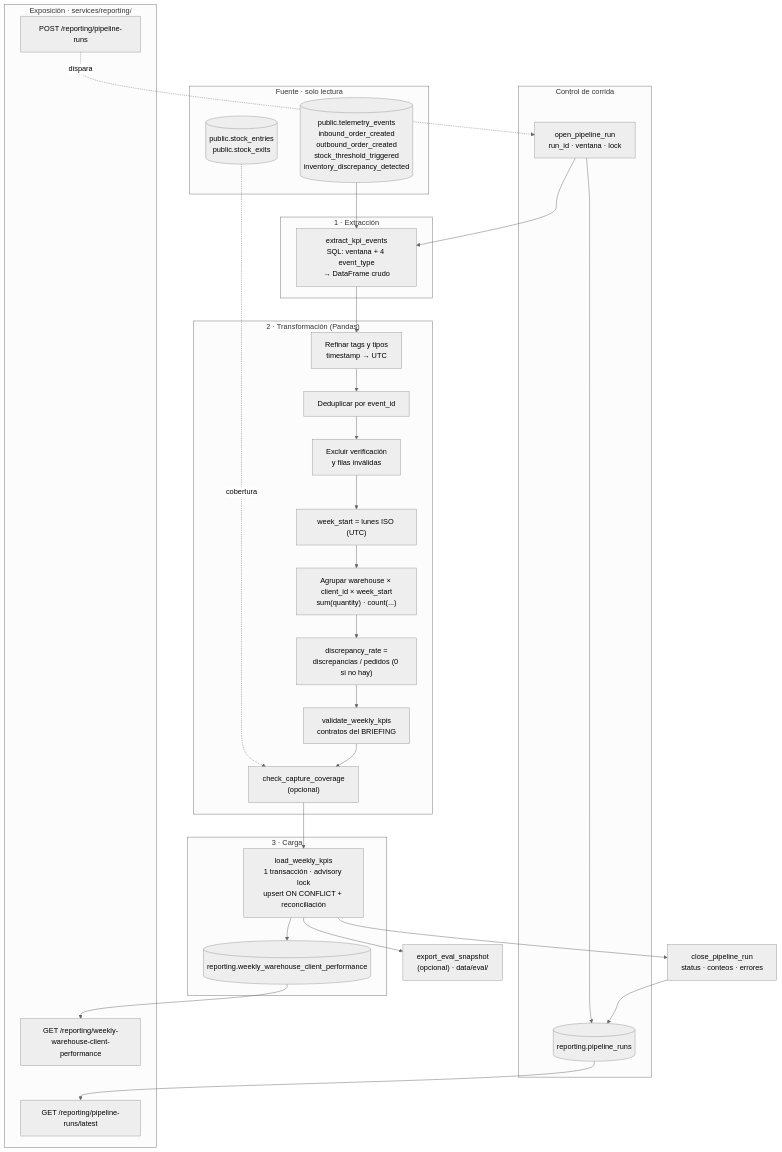
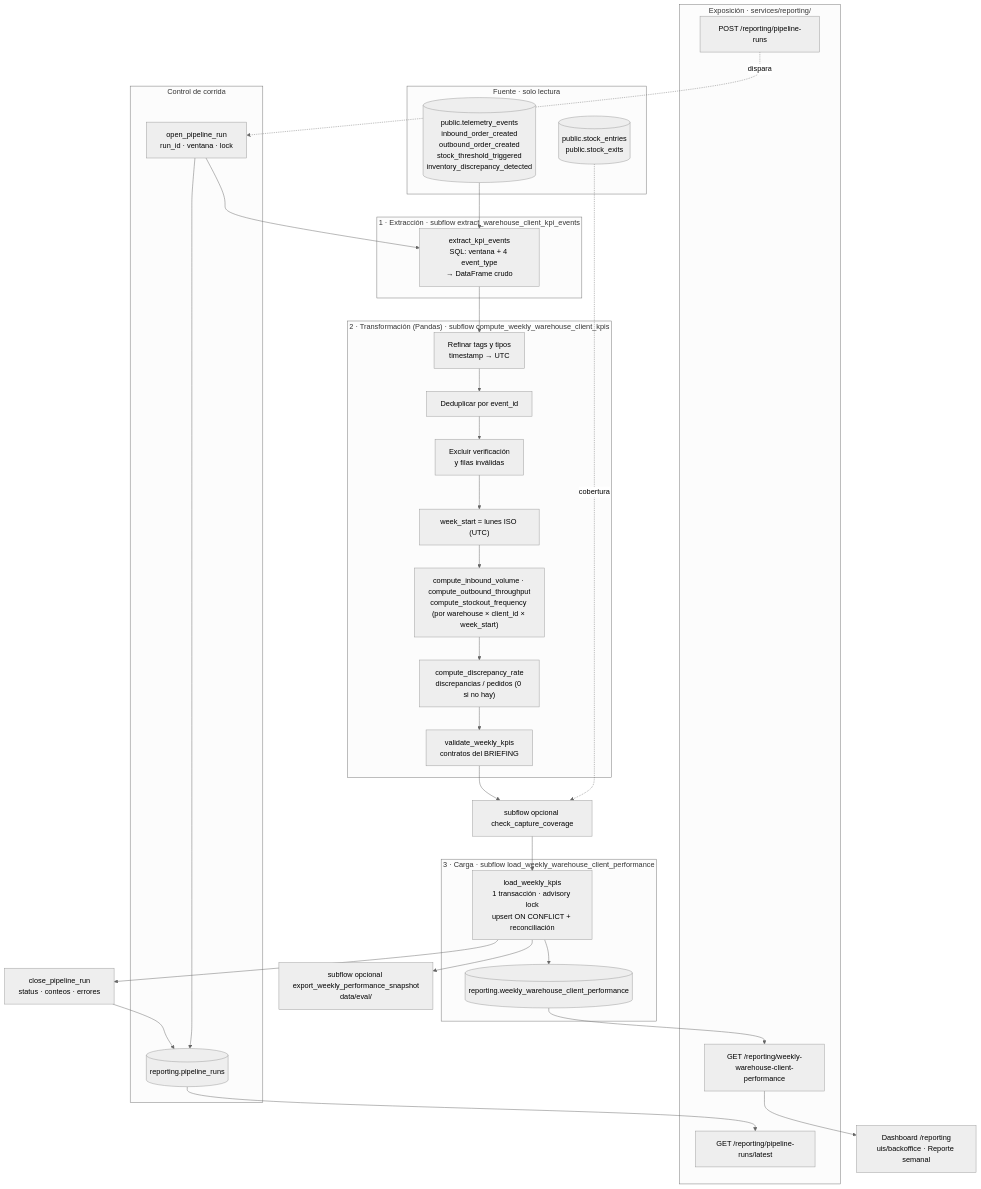
The diagram in data/pipelines/PIPELINE_DESIGN.md (4GeeksAcademy/Mi-Contexto-De-Empresa-Marisin), drawn with Mermaid (neutral theme) before and after one commit. The commit also changed other lines of this file, not shown here.

First line of the commit message:
docs: documentar los subflows, los tests y el dashboard del pipeline

````diff
--- a/data/pipelines/PIPELINE_DESIGN.md
+++ b/data/pipelines/PIPELINE_DESIGN.md
@@ -187,50 +188,52 @@
 ```mermaid
 flowchart TB
     subgraph Fuente["Fuente · solo lectura"]
         TE[("public.telemetry_events<br/>inbound_order_created<br/>outbound_order_created<br/>stock_threshold_triggered<br/>inventory_discrepancy_detected")]
         DOM[("public.stock_entries<br/>public.stock_exits")]
     end
 
     subgraph Control["Control de corrida"]
         OPEN["open_pipeline_run<br/>run_id · ventana · lock"]
         RUNS[("reporting.pipeline_runs")]
     end
 
-    subgraph E["1 · Extracción"]
+    subgraph E["1 · Extracción · subflow extract_warehouse_client_kpi_events"]
         EX["extract_kpi_events<br/>SQL: ventana + 4 event_type<br/>→ DataFrame crudo"]
     end
 
-    subgraph T["2 · Transformación (Pandas)"]
+    subgraph T["2 · Transformación (Pandas) · subflow compute_weekly_warehouse_client_kpis"]
         T1["Refinar tags y tipos<br/>timestamp → UTC"]
         T2["Deduplicar por event_id"]
         T3["Excluir verificación<br/>y filas inválidas"]
         T4["week_start = lunes ISO (UTC)"]
-        T5["Agrupar warehouse × client_id × week_start<br/>sum(quantity) · count(...)"]
-        T6["discrepancy_rate =<br/>discrepancias / pedidos (0 si no hay)"]
+        T5["compute_inbound_volume · compute_outbound_throughput<br/>compute_stockout_frequency (por warehouse × client_id × week_start)"]
+        T6["compute_discrepancy_rate<br/>discrepancias / pedidos (0 si no hay)"]
         V["validate_weekly_kpis<br/>contratos del BRIEFING"]
-        COV["check_capture_coverage<br/>(opcional)"]
     end
 
-    subgraph L["3 · Carga"]
+    COV["subflow opcional check_capture_coverage"]
+
+    subgraph L["3 · Carga · subflow load_weekly_warehouse_client_performance"]
         LD["load_weekly_kpis<br/>1 transacción · advisory lock<br/>upsert ON CONFLICT + reconciliación"]
         DEST[("reporting.weekly_warehouse_client_performance")]
     end
 
     subgraph S["Exposición · services/reporting/"]
         API1["GET /reporting/weekly-warehouse-client-performance"]
         API2["GET /reporting/pipeline-runs/latest"]
         API3["POST /reporting/pipeline-runs"]
     end
 
     OPEN --> RUNS
     OPEN --> EX
     TE --> EX
     EX --> T1 --> T2 --> T3 --> T4 --> T5 --> T6 --> V
     DOM -. cobertura .-> COV
     V --> COV --> LD --> DEST
-    LD --> SNAP["export_eval_snapshot<br/>(opcional) · data/eval/"]
+    LD --> SNAP["subflow opcional export_weekly_performance_snapshot<br/>data/eval/"]
     LD --> CLOSE["close_pipeline_run<br/>status · conteos · errores"] --> RUNS
     DEST --> API1
+    API1 --> DASH["Dashboard /reporting<br/>uis/backoffice · Reporte semanal"]
     RUNS --> API2
     API3 -. dispara .-> OPEN
 ```
````
